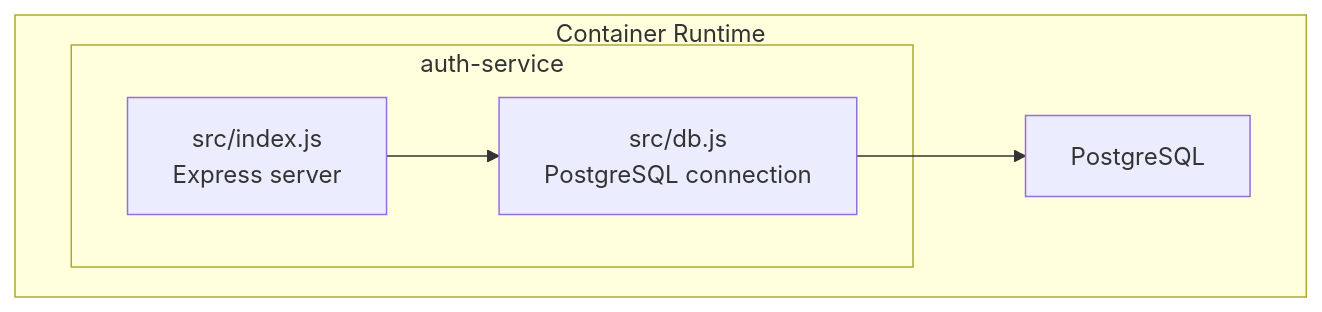
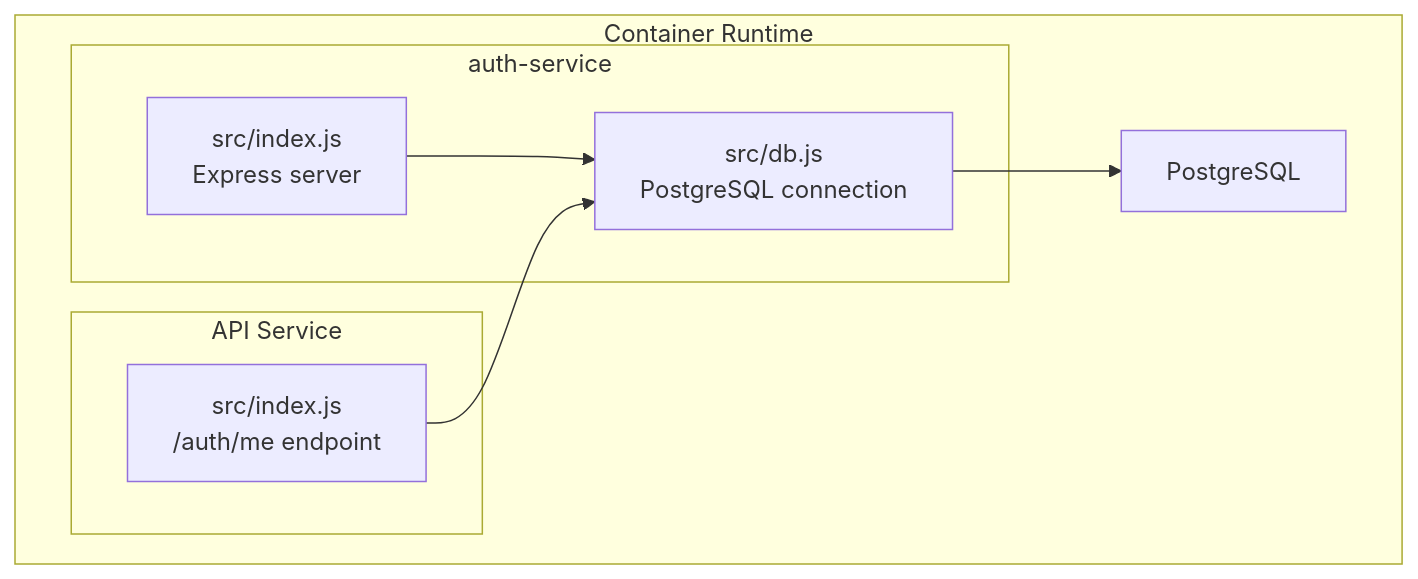
Before and after one commit to ikramhh/signvue-project: the first of 10 diagrams in .qoder/repowiki/en/content/Authentication Service.md, drawn with Mermaid. The commit also changed other lines of this file and 5 other files, not shown here.

````diff
--- a/.qoder/repowiki/en/content/Authentication Service.md
+++ b/.qoder/repowiki/en/content/Authentication Service.md
@@ -30,12 +42,16 @@
 ```mermaid
 graph TB
 subgraph "Container Runtime"
 subgraph "auth-service"
 A_Index["src/index.js<br/>Express server"]
 A_DB["src/db.js<br/>PostgreSQL connection"]
 end
+subgraph "API Service"
+API_Index["src/index.js<br/>/auth/me endpoint"]
+end
 PG["PostgreSQL"]
 end
 A_Index --> A_DB
 A_DB --> PG
+API_Index --> A_DB
 ```
````
